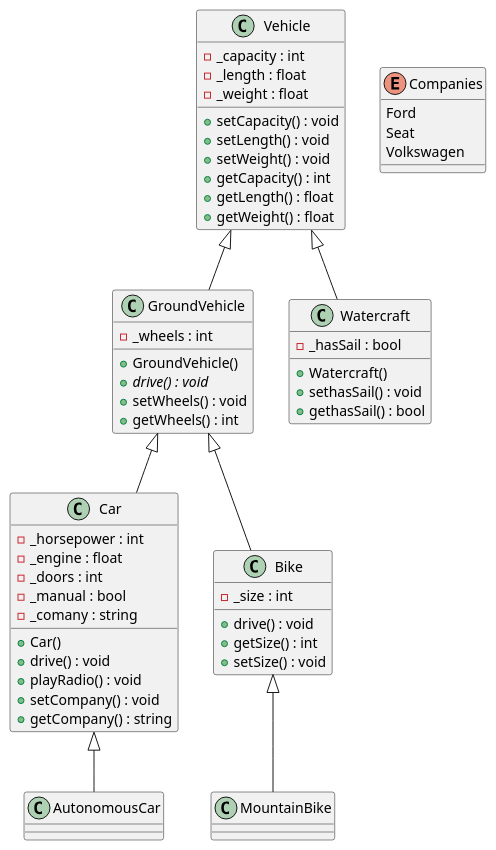
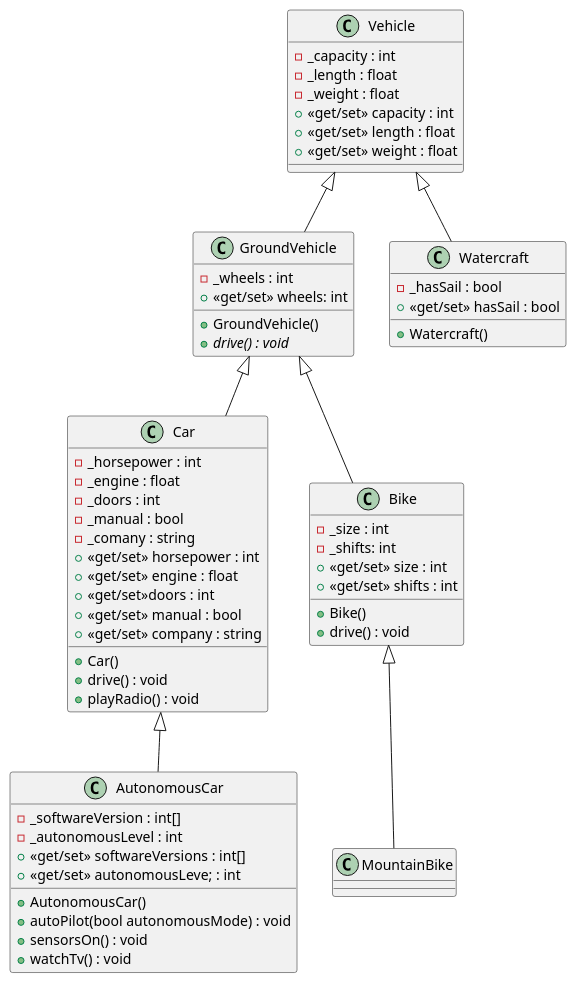
Before and after one commit to JOQUR/High_Level_Designing: the diagram in LAB01/inheritance.puml, drawn with PlantUML. The commit also changed 4 other files, not shown here.

```diff
--- a/LAB01/inheritance.puml
+++ b/LAB01/inheritance.puml
@@ -1,61 +1,63 @@
 @startuml Inheritance
 class GroundVehicle {
     -_wheels : int
     +GroundVehicle()
     +{abstract}drive() : void
-    +setWheels() : void
-    +getWheels() : int
+    +<<get/set>> wheels: int
 }
 class Watercraft{
     -_hasSail : bool
     +Watercraft()
-    +sethasSail() : void
-    +gethasSail() : bool
+    +<<get/set>> hasSail : bool
 }
 class Vehicle {
     -_capacity : int
     -_length : float
     -_weight : float
-    +setCapacity() : void
-    +setLength() : void
-    +setWeight() : void
-    +getCapacity() : int
-    +getLength() : float
-    +getWeight() : float
+    +<<get/set>> capacity : int
+    +<<get/set>> length : float
+    +<<get/set>> weight : float
 }
 class Car {
     -_horsepower : int
     -_engine : float
     -_doors : int
     -_manual : bool
     +Car()
     -_comany : string
     +drive() : void
     +playRadio() : void
-    +setCompany() : void
-    +getCompany() : string
-}
-enum Companies {
-    Ford
-    Seat 
-    Volkswagen
+    +<<get/set>> horsepower : int
+    +<<get/set>> engine : float
+    +<<get/set>>doors : int
+    +<<get/set>> manual : bool
+    +<<get/set>> company : string
 }
 class AutonomousCar {
-
+    -_softwareVersion : int[]
+    -_autonomousLevel : int
+    +AutonomousCar()
+    +autoPilot(bool autonomousMode) : void
+    +sensorsOn() : void
+    +watchTv() : void
+    +<<get/set>> softwareVersions : int[]
+    +<<get/set>> autonomousLeve; : int
 }
 class MountainBike {
 
 }
 class Bike {
     -_size : int
+    -_shifts: int
+    +Bike()
     +drive() : void
-    +getSize() : int
-    +setSize() : void
+    +<<get/set>> size : int
+    +<<get/set>> shifts : int
 }
 Vehicle <|-- GroundVehicle
 Vehicle <|-- Watercraft
 GroundVehicle <|-- Car
 GroundVehicle <|-- Bike
 Car <|-- AutonomousCar
 Bike <|-- MountainBike
 @enduml
```
